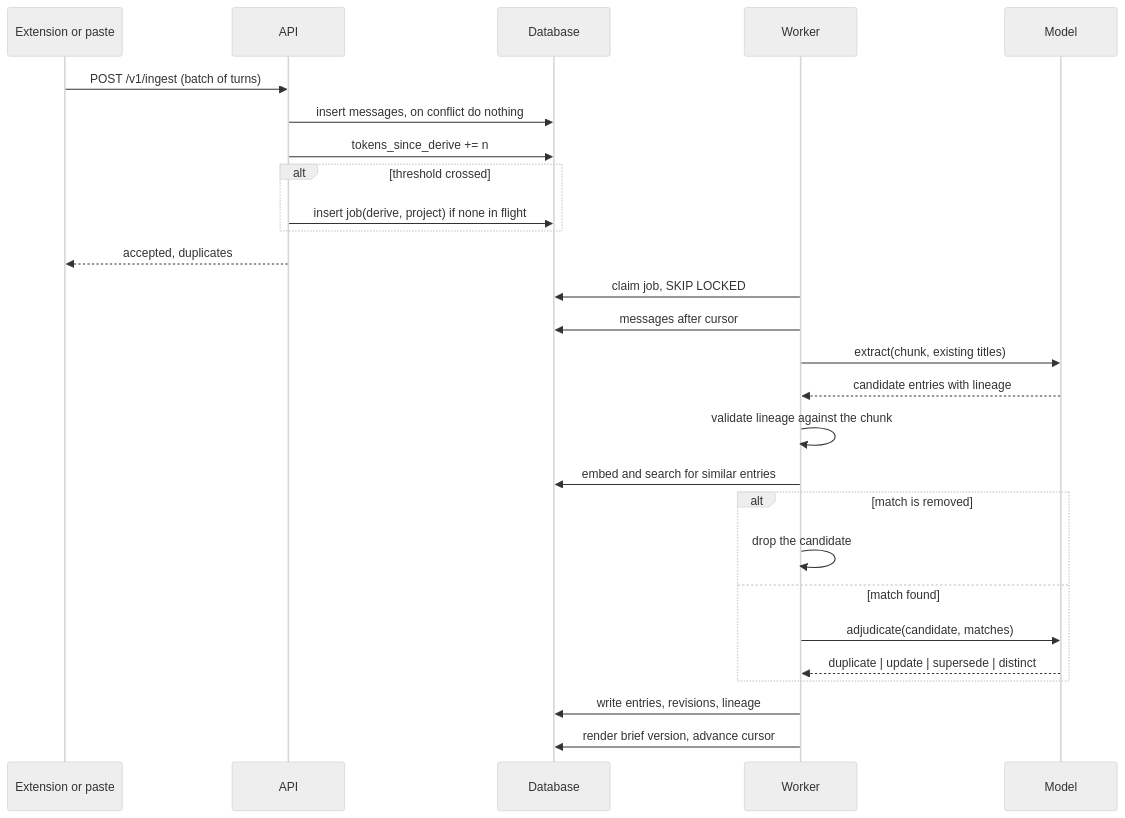
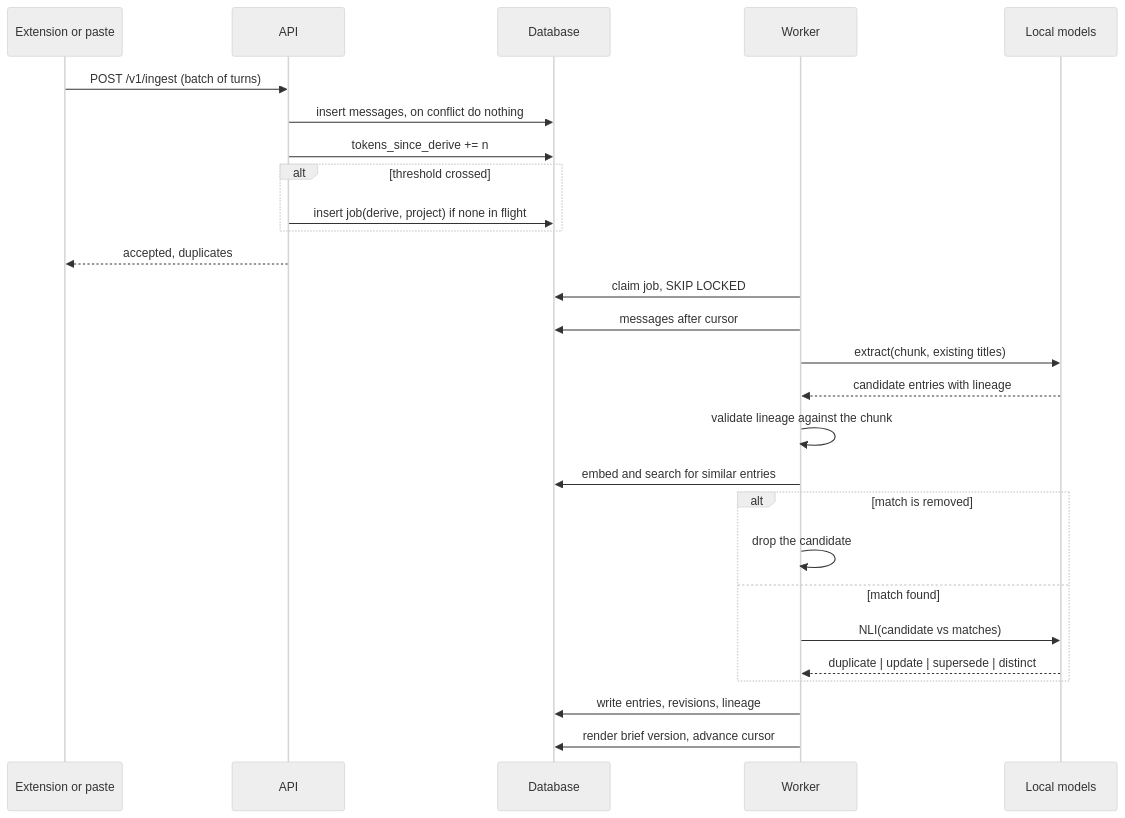
One commit to MoAbboud/PortFolio changed the third of 4 diagrams in herder/requirements/03-architecture.md. Above: the diagram before and after it, drawn with Mermaid (neutral theme). The commit also changed other lines of this file and 6 other files, not shown here.

````diff
--- a/herder/requirements/03-architecture.md
+++ b/herder/requirements/03-architecture.md
@@ -313,30 +387,30 @@
 ```mermaid
 sequenceDiagram
     participant X as Extension or paste
     participant A as API
     participant DB as Database
     participant W as Worker
-    participant M as Model
+    participant M as Local models
 
     X->>A: POST /v1/ingest (batch of turns)
     A->>DB: insert messages, on conflict do nothing
     A->>DB: tokens_since_derive += n
     alt threshold crossed
         A->>DB: insert job(derive, project) if none in flight
     end
     A-->>X: accepted, duplicates
     W->>DB: claim job, SKIP LOCKED
     W->>DB: messages after cursor
     W->>M: extract(chunk, existing titles)
     M-->>W: candidate entries with lineage
     W->>W: validate lineage against the chunk
     W->>DB: embed and search for similar entries
     alt match is removed
         W->>W: drop the candidate
     else match found
-        W->>M: adjudicate(candidate, matches)
+        W->>M: NLI(candidate vs matches)
         M-->>W: duplicate | update | supersede | distinct
     end
     W->>DB: write entries, revisions, lineage
     W->>DB: render brief version, advance cursor
 ```
````
